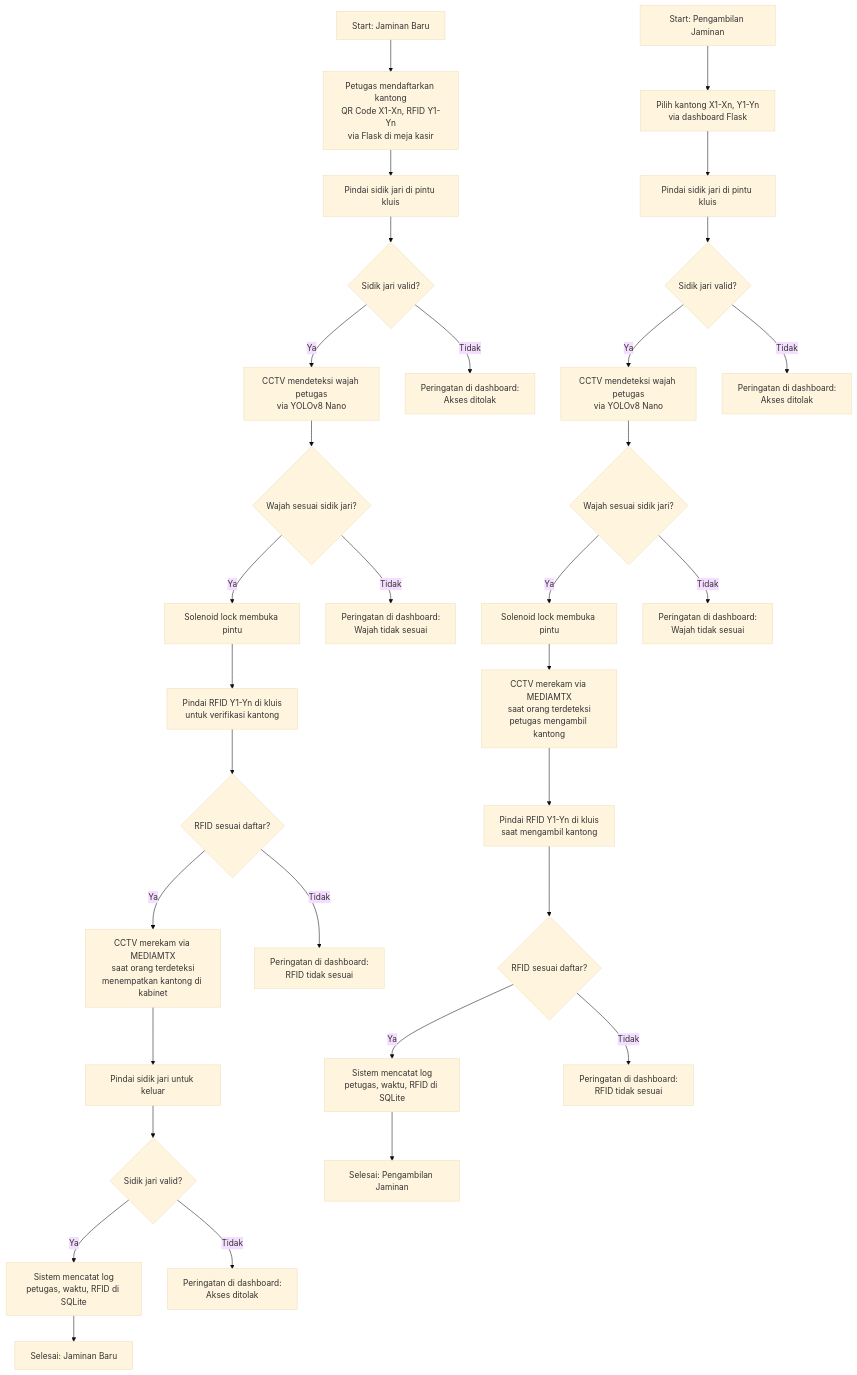
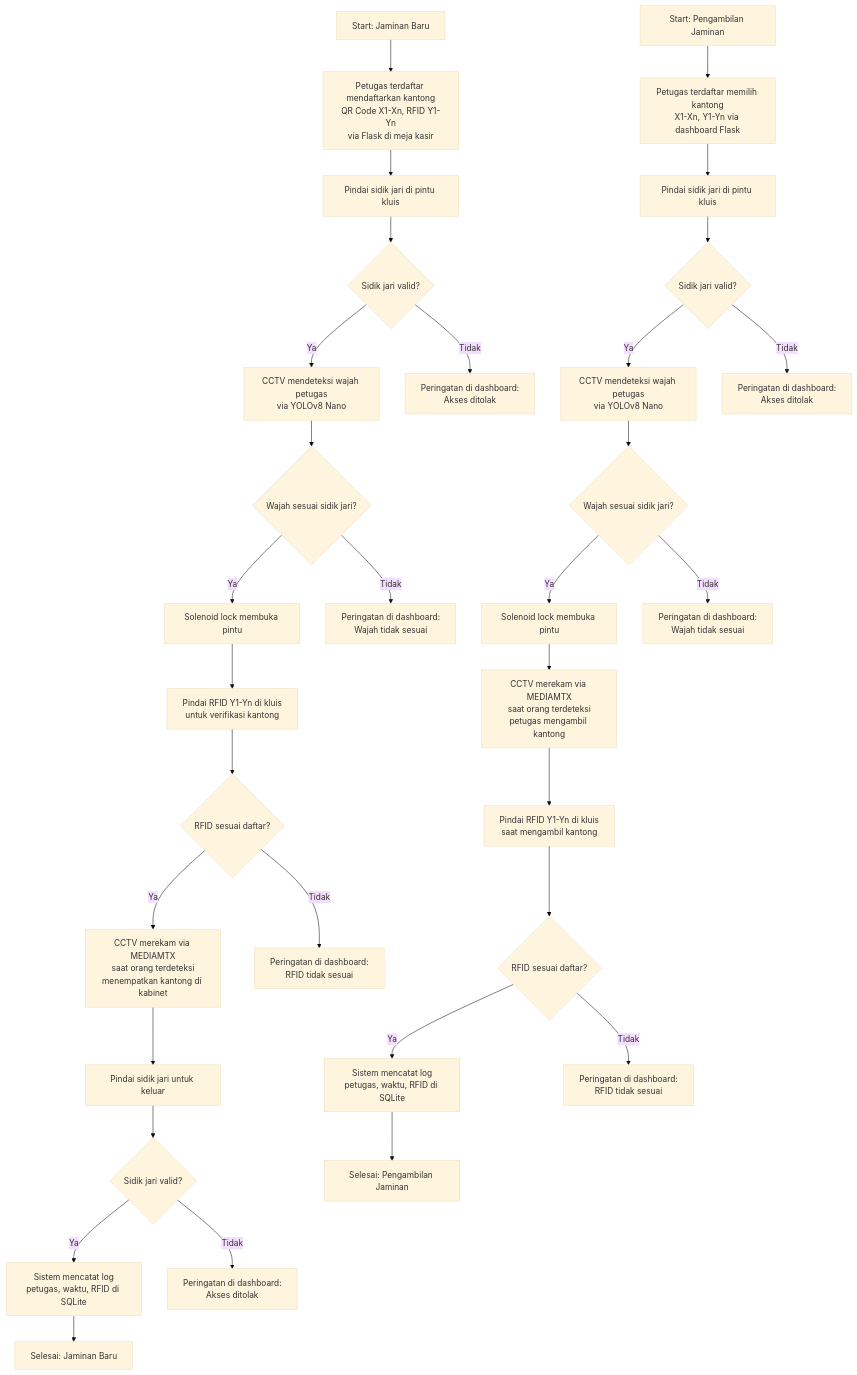
One commit to dionsanjaya/EVSS---Entitas-Vault-Security-System changed the diagram in README.md. Above: the diagram before and after it, drawn with Mermaid (base theme). The commit also changed other lines of this file, not shown here.

````diff
--- a/README.md
+++ b/README.md
@@ -65,37 +70,37 @@
 ```mermaid
 graph TD
     %% Jaminan Baru
-    A1[Start: Jaminan Baru] --> B1[Petugas mendaftarkan kantong<br>QR Code X1-Xn, RFID Y1-Yn<br>via Flask di meja kasir]
+    A1[Start: Jaminan Baru] --> B1[Petugas terdaftar mendaftarkan kantong<br>QR Code X1-Xn, RFID Y1-Yn<br>via Flask di meja kasir]
     B1 --> C1[Pindai sidik jari di pintu kluis]
     C1 --> D1{Sidik jari valid?}
     D1 -->|Ya| E1[CCTV mendeteksi wajah petugas<br>via YOLOv8 Nano]
     D1 -->|Tidak| F1[Peringatan di dashboard:<br>Akses ditolak]
     E1 --> G1{Wajah sesuai sidik jari?}
     G1 -->|Ya| H1[Solenoid lock membuka pintu]
     G1 -->|Tidak| I1[Peringatan di dashboard:<br>Wajah tidak sesuai]
     H1 --> J1[Pindai RFID Y1-Yn di kluis<br>untuk verifikasi kantong]
     J1 --> K1{RFID sesuai daftar?}
     K1 -->|Ya| L1[CCTV merekam via MEDIAMTX<br>saat orang terdeteksi<br>menempatkan kantong di kabinet]
     K1 -->|Tidak| M1[Peringatan di dashboard:<br>RFID tidak sesuai]
     L1 --> N1[Pindai sidik jari untuk keluar]
     N1 --> O1{Sidik jari valid?}
     O1 -->|Ya| P1[Sistem mencatat log<br>petugas, waktu, RFID di SQLite]
     O1 -->|Tidak| Q1[Peringatan di dashboard:<br>Akses ditolak]
     P1 --> R1[Selesai: Jaminan Baru]
 
     %% Pengambilan Jaminan
-    A2[Start: Pengambilan Jaminan] --> B2[Pilih kantong X1-Xn, Y1-Yn<br>via dashboard Flask]
+    A2[Start: Pengambilan Jaminan] --> B2[Petugas terdaftar memilih kantong<br>X1-Xn, Y1-Yn via dashboard Flask]
     B2 --> C2[Pindai sidik jari di pintu kluis]
     C2 --> D2{Sidik jari valid?}
     D2 -->|Ya| E2[CCTV mendeteksi wajah petugas<br>via YOLOv8 Nano]
     D2 -->|Tidak| F2[Peringatan di dashboard:<br>Akses ditolak]
     E2 --> G2{Wajah sesuai sidik jari?}
     G2 -->|Ya| H2[Solenoid lock membuka pintu]
     G2 -->|Tidak| I2[Peringatan di dashboard:<br>Wajah tidak sesuai]
     H2 --> J2[CCTV merekam via MEDIAMTX<br>saat orang terdeteksi<br>petugas mengambil kantong]
     J2 --> K2[Pindai RFID Y1-Yn di kluis<br>saat mengambil kantong]
     K2 --> L2{RFID sesuai daftar?}
     L2 -->|Ya| M2[Sistem mencatat log<br>petugas, waktu, RFID di SQLite]
     L2 -->|Tidak| N2[Peringatan di dashboard:<br>RFID tidak sesuai]
     M2 --> O2[Selesai: Pengambilan Jaminan]
 ```
````
